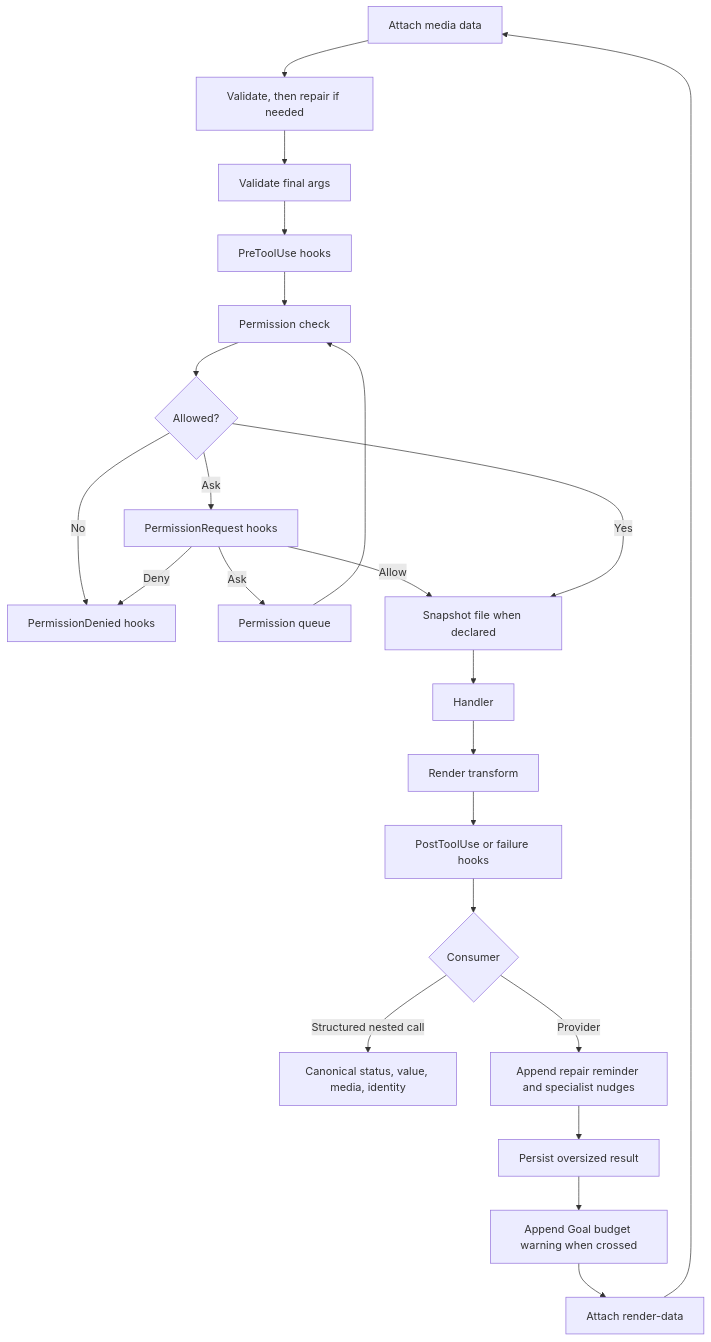
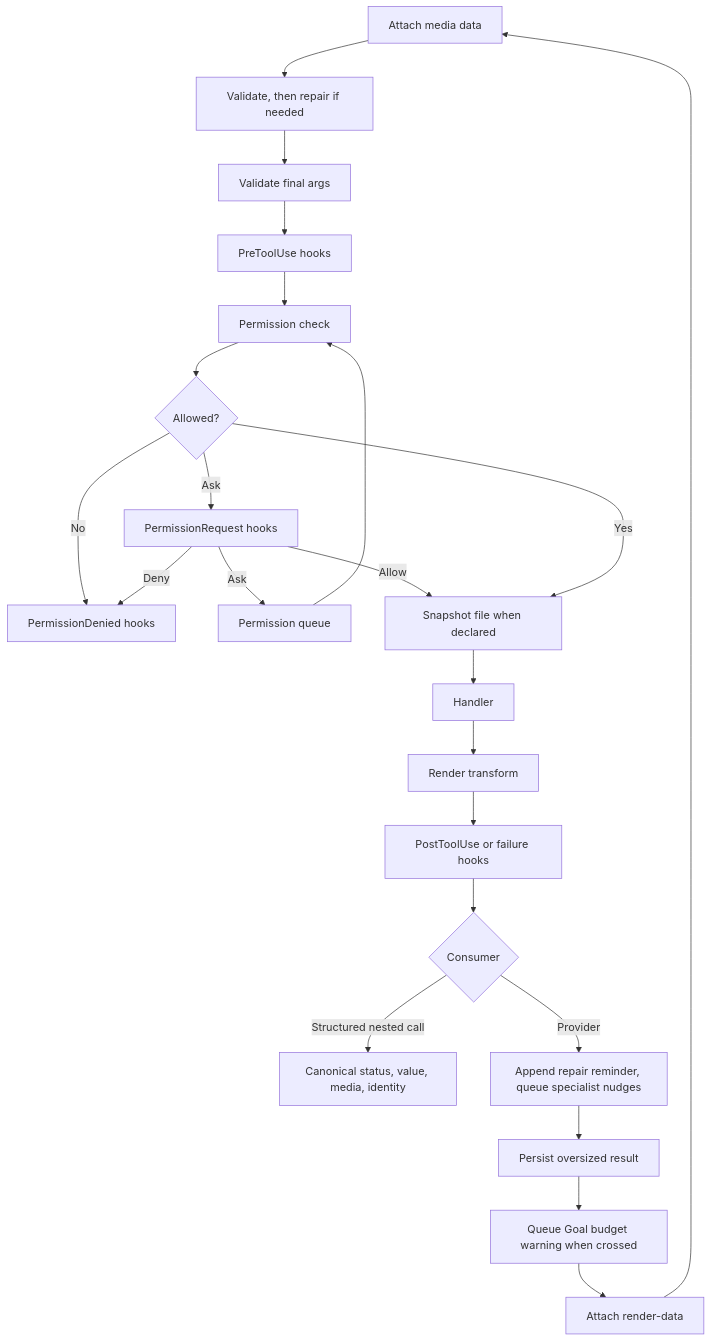
One commit to FrauH0lle/mevedel changed the diagram in docs/tools.md. Above: the diagram before and after it, drawn with Mermaid. The commit also changed other lines of this file and 28 other files, not shown here.

````diff
--- a/docs/tools.md
+++ b/docs/tools.md
@@ -9,25 +9,25 @@
 ```mermaid
 flowchart TD
     R[Raw model call] --> S[Validate, then repair if needed]
     S --> A[Validate final args]
     A --> B[PreToolUse hooks]
     B --> C[Permission check]
     C --> D{Allowed?}
     D -- No --> E[PermissionDenied hooks]
     D -- Ask --> Q[PermissionRequest hooks]
     Q -- Ask --> F[Permission queue]
     Q -- Deny --> E
     Q -- Allow --> G
     F --> C
     D -- Yes --> G[Snapshot file when declared]
     G --> H[Handler]
     H --> I[Render transform]
     I --> J[PostToolUse or failure hooks]
     J --> K{Consumer}
     K -- Structured nested call --> L[Canonical status, value, media, identity]
-    K -- Provider --> M[Append repair reminder and specialist nudges]
+    K -- Provider --> M[Append repair reminder, queue specialist nudges]
     M --> N[Persist oversized result]
-    N --> O[Append Goal budget warning when crossed]
+    N --> O[Queue Goal budget warning when crossed]
     O --> P[Attach render-data]
     P --> R[Attach media data]
 ```
````
